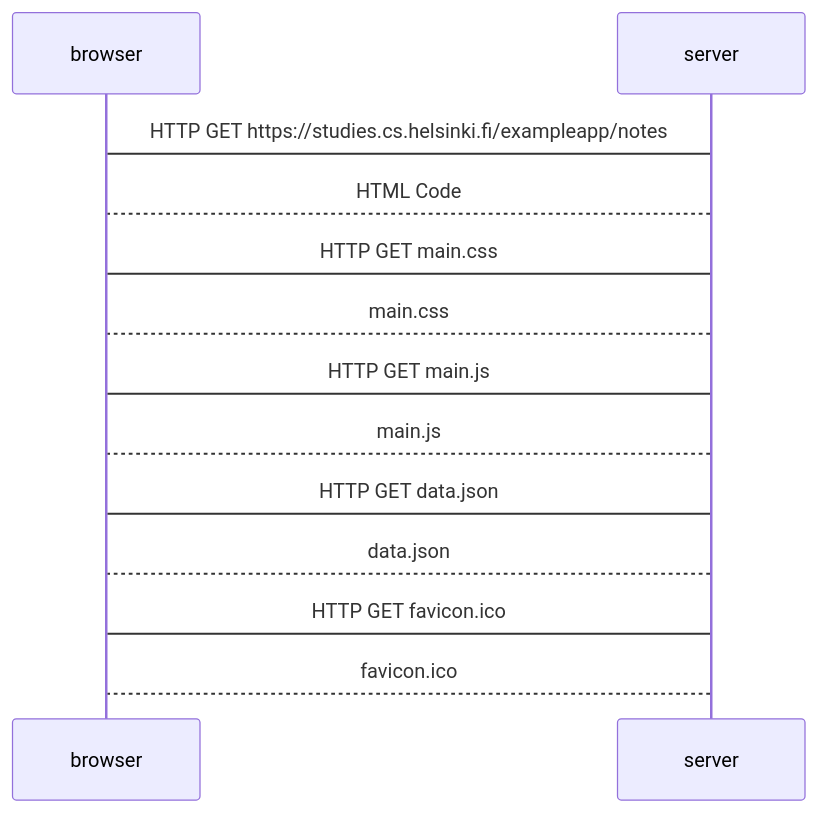
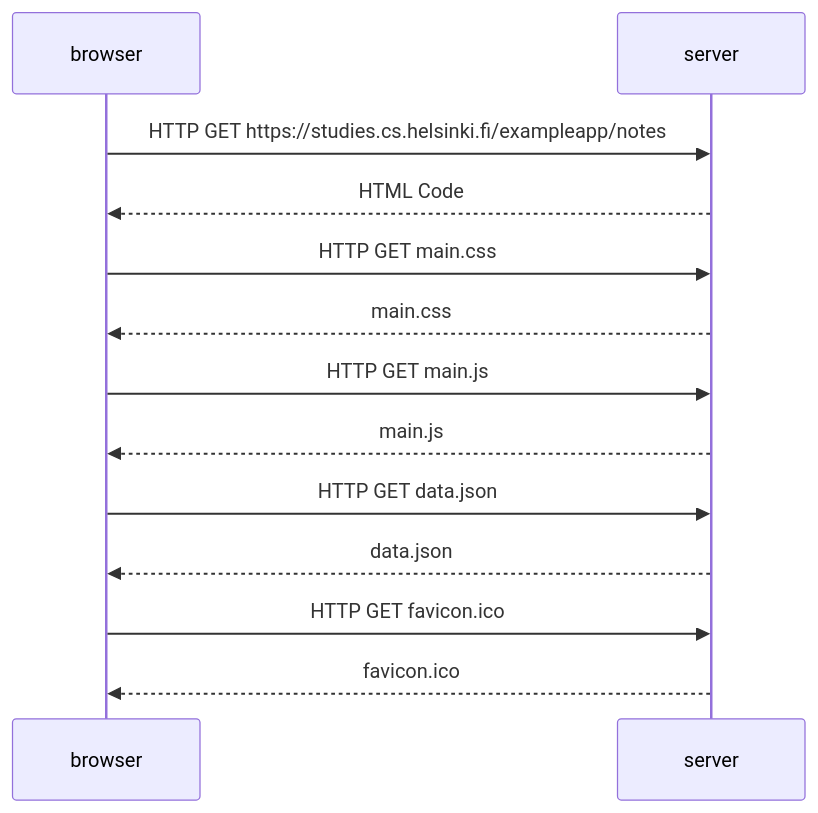
Before and after one commit to maxmynter/fullstackOpen: the first of 2 diagrams in part0/4.md, drawn with Mermaid. The commit also changed other lines of this file and 1 other file, not shown here.

Commit message:
Fix mermaid formatting error

````diff
--- a/part0/4.md
+++ b/part0/4.md
@@ -1,13 +1,13 @@
 ```mermaid
 sequenceDiagram
-browser -> server: HTTP GET https://studies.cs.helsinki.fi/exampleapp/notes
-server --> browser: HTML Code
-browser -> server: HTTP GET main.css
-server --> browser: main.css
-browser -> server: HTTP GET main.js
-server --> browser: main.js
-browser -> server: HTTP GET data.json
-server --> browser: data.json
-browser -> server: HTTP GET favicon.ico
-server --> browser: favicon.ico
+browser ->> server: HTTP GET https://studies.cs.helsinki.fi/exampleapp/notes
+server -->> browser: HTML Code
+browser ->> server: HTTP GET main.css
+server -->> browser: main.css
+browser ->> server: HTTP GET main.js
+server -->> browser: main.js
+browser ->> server: HTTP GET data.json
+server -->> browser: data.json
+browser ->> server: HTTP GET favicon.ico
+server -->> browser: favicon.ico
 ```
````
